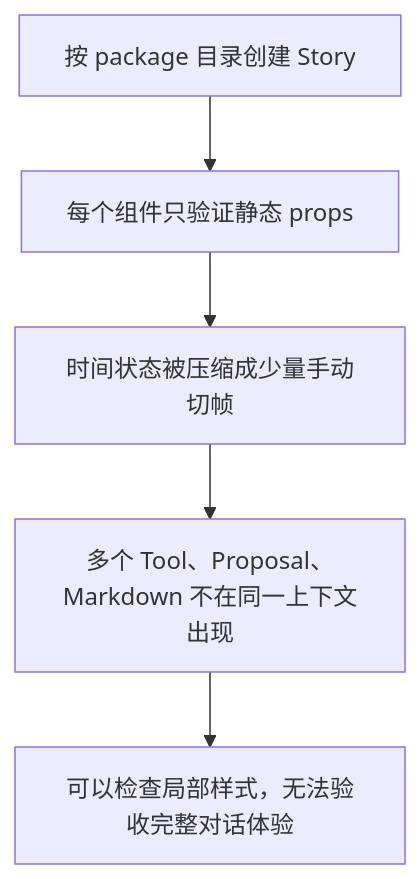
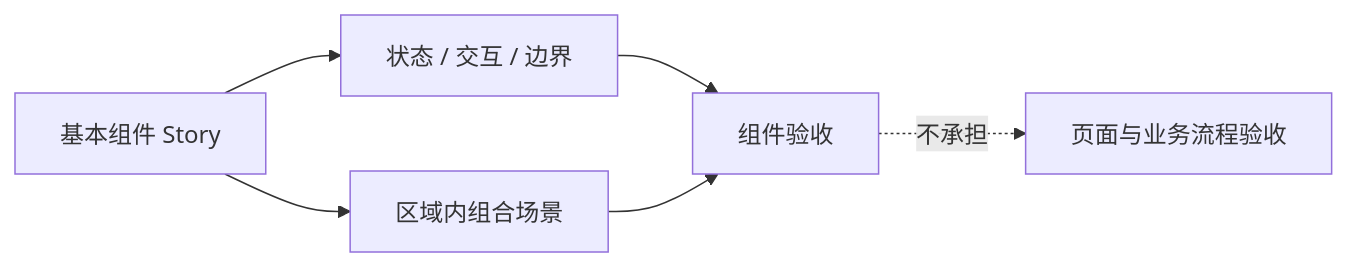
Before and after one commit to Floribunda1/reflecta: the first of 2 diagrams in docs/iterations/v1.2.5/storybook-acceptance-design-plan.md, drawn with Mermaid. The commit also changed other lines of this file and 1 other file, not shown here.

Commit message:
docs: restructure storybook component plan

````diff
--- a/docs/iterations/v1.2.5/storybook-acceptance-design-plan.md
+++ b/docs/iterations/v1.2.5/storybook-acceptance-design-plan.md
@@ -49,7 +22,8 @@
 ```mermaid
-flowchart TD
-    A["按 package 目录创建 Story"] --> B["每个组件只验证静态 props"]
-    B --> C["时间状态被压缩成少量手动切帧"]
-    C --> D["多个 Tool、Proposal、Markdown 不在同一上下文出现"]
-    D --> E["可以检查局部样式，无法验收完整对话体验"]
+flowchart LR
+    Component["基本组件 Story"] --> State["状态 / 交互 / 边界"]
+    Component --> Composition["区域内组合场景"]
+    State --> Review["组件验收"]
+    Composition --> Review
+    Review -.不承担.-> Workflow["页面与业务流程验收"]
 ```
````
